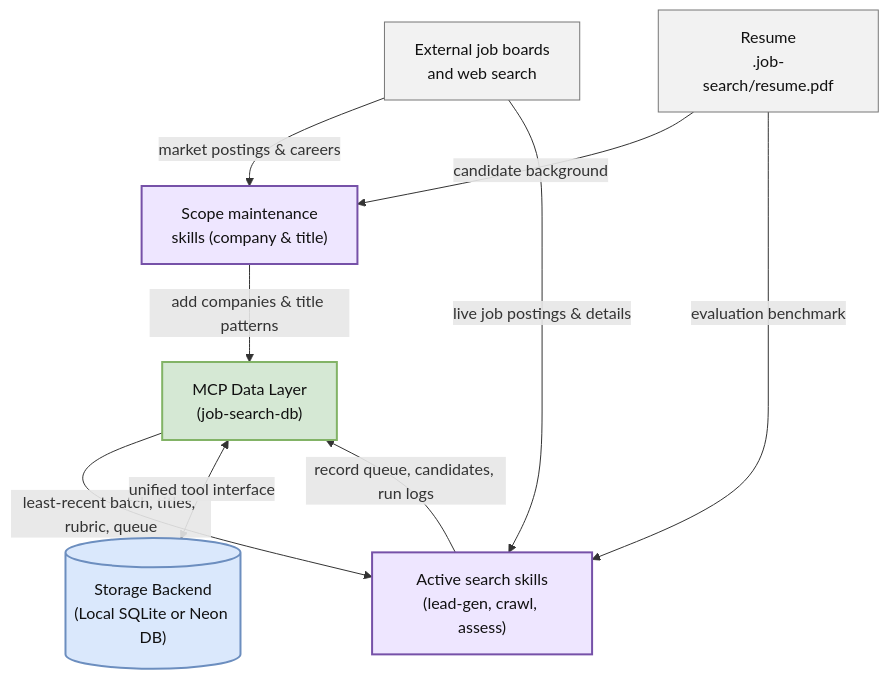
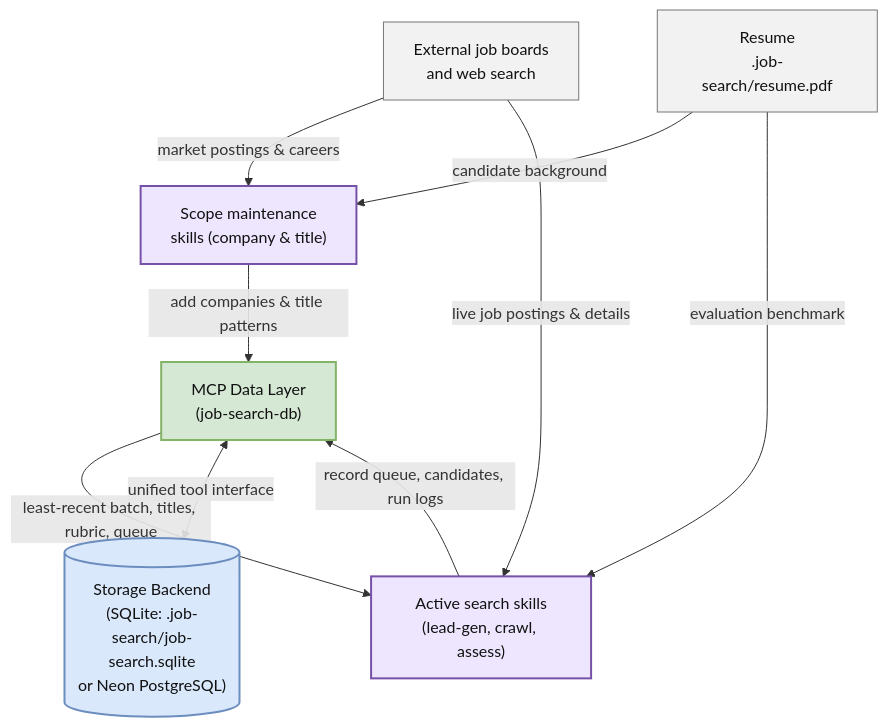
One commit to joshyim/job-search-automations changed the first of 7 diagrams in templates/pipeline-overview.md. Above: the diagram before and after it, drawn with Mermaid. The commit also changed other lines of this file and 1 other file, not shown here.

Commit message:
docs(diagrams): update Mermaid workflow diagrams to reflect SQLite tables PRO-29

````diff
--- a/templates/pipeline-overview.md
+++ b/templates/pipeline-overview.md
@@ -9,35 +9,35 @@
 ```mermaid
 ---
 config:
   flowchart:
     wrappingWidth: 160
 ---
 flowchart TB
     EXT["External job boards<br/>and web search"]
     MAINTENANCE["Scope maintenance<br/>skills (company & title)"]
     ACTIVE["Active search skills<br/>(lead-gen, crawl, assess)"]
     MCP["MCP Data Layer<br/>(job-search-db)"]
-    STORAGE[("Storage Backend<br/>(Local SQLite or Neon DB)")]
+    STORAGE[("Storage Backend<br/>(SQLite: .job-search/job-search.sqlite<br/>or Neon PostgreSQL)")]
     RESUME["Resume<br/>.job-search/resume.pdf"]
 
     EXT -->|market postings & careers| MAINTENANCE
     RESUME -->|candidate background| MAINTENANCE
     MAINTENANCE -->|add companies & title patterns| MCP
 
     MCP -->|least-recent batch, titles, rubric, queue| ACTIVE
     RESUME -->|evaluation benchmark| ACTIVE
     EXT -->|live job postings & details| ACTIVE
     ACTIVE -->|record queue, candidates, run logs| MCP
 
     MCP <-->|unified tool interface| STORAGE
 
     classDef external fill:#f2f2f2,stroke:#777,color:#111;
     classDef skill fill:#eee6ff,stroke:#7651a8,color:#111,stroke-width:2px;
     classDef mcp fill:#d5e8d4,stroke:#82b366,color:#111,stroke-width:2px;
     classDef storage fill:#dae8fc,stroke:#6c8ebf,color:#111,stroke-width:2px;
 
     class EXT,RESUME external;
     class MAINTENANCE,ACTIVE skill;
     class MCP mcp;
     class STORAGE storage;
 ```
````
